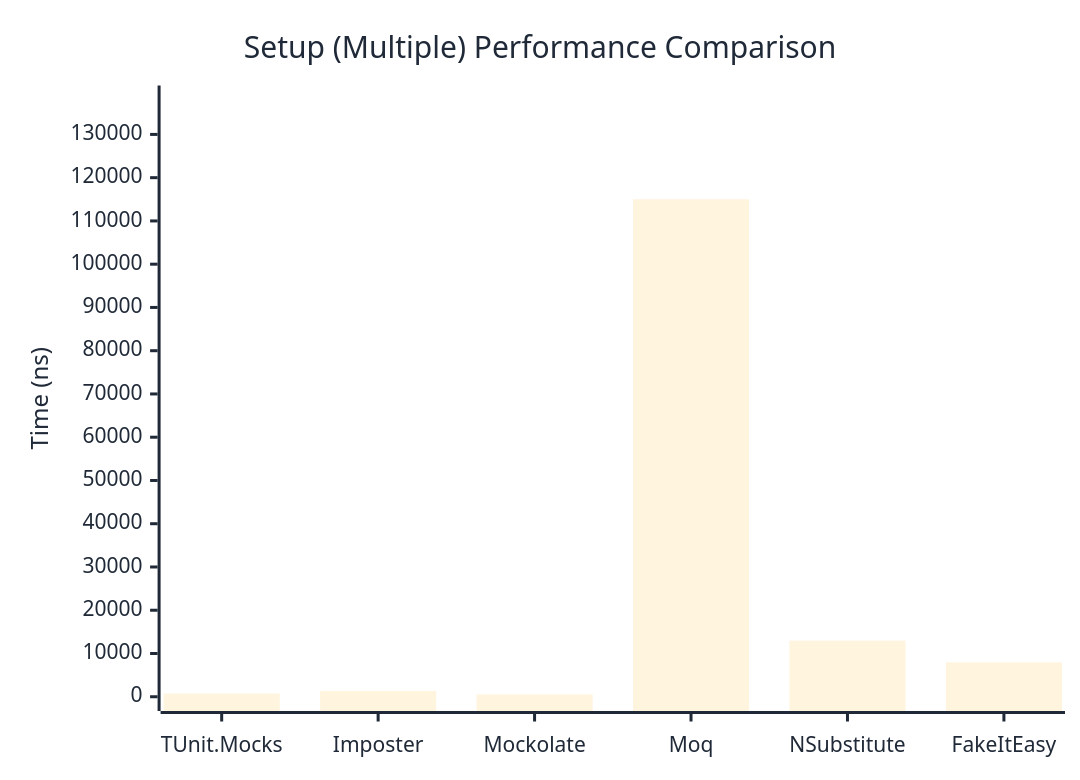
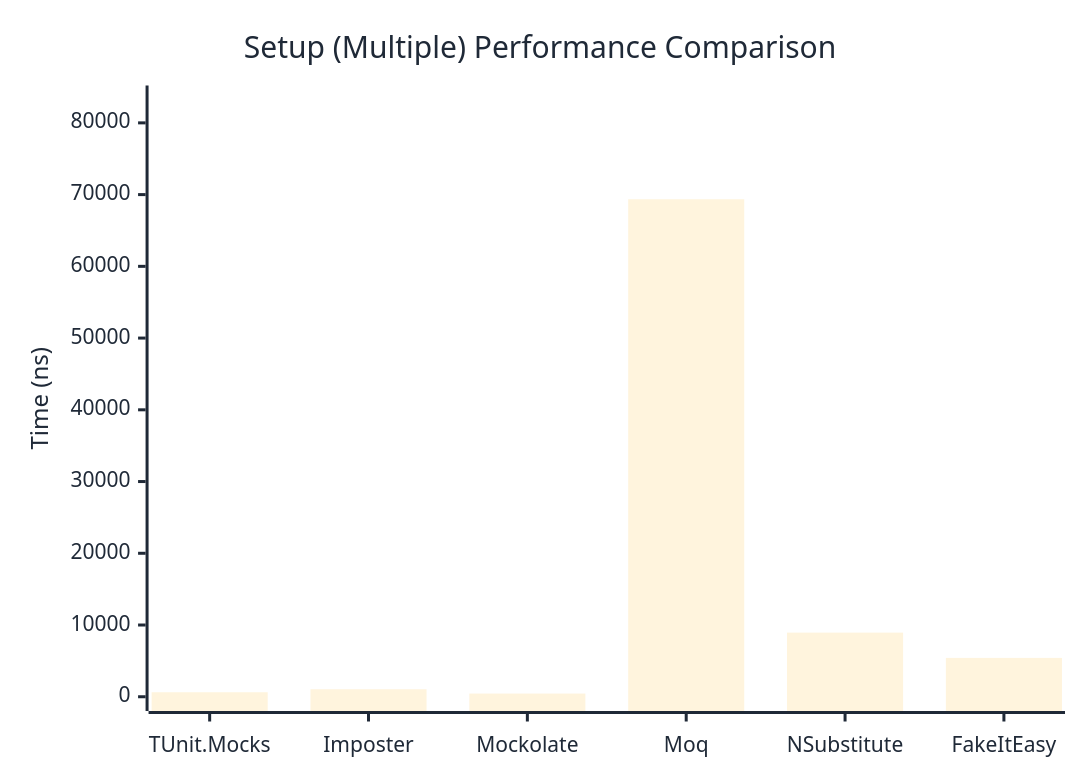
One commit to thomhurst/TUnit changed the second of 2 diagrams in docs/docs/benchmarks/mocks/Setup.md. Above: the diagram before and after it, drawn with Mermaid. The commit also changed other lines of this file and 14 other files, not shown here.

````diff
--- a/docs/docs/benchmarks/mocks/Setup.md
+++ b/docs/docs/benchmarks/mocks/Setup.md
@@ -71,27 +71,27 @@
 ```mermaid
 %%{init: {
   'theme':'base',
   'themeVariables': {
     'primaryColor': '#2563eb',
     'primaryTextColor': '#1f2937',
     'primaryBorderColor': '#1e40af',
     'lineColor': '#6b7280',
     'secondaryColor': '#7c3aed',
     'tertiaryColor': '#dc2626',
     'background': '#ffffff',
     'pie1': '#2563eb',
     'pie2': '#7c3aed',
     'pie3': '#dc2626',
     'pie4': '#f59e0b',
     'pie5': '#10b981',
     'pie6': '#06b6d4',
     'pie7': '#ec4899',
     'pie8': '#6366f1'
   }
 }}%%
 xychart-beta
   title "Setup (Multiple) Performance Comparison"
   x-axis ["TUnit.Mocks", "Imposter", "Mockolate", "Moq", "NSubstitute", "FakeItEasy"]
-  y-axis "Time (ns)" 0 --> 138015
-  bar [741.6, 1337.1, 540.1, 115012.3, 12971.3, 7949.1]
+  y-axis "Time (ns)" 0 --> 83223
+  bar [626.8, 1047.5, 444.8, 69352.2, 8940.9, 5413.7]
 ```
````
